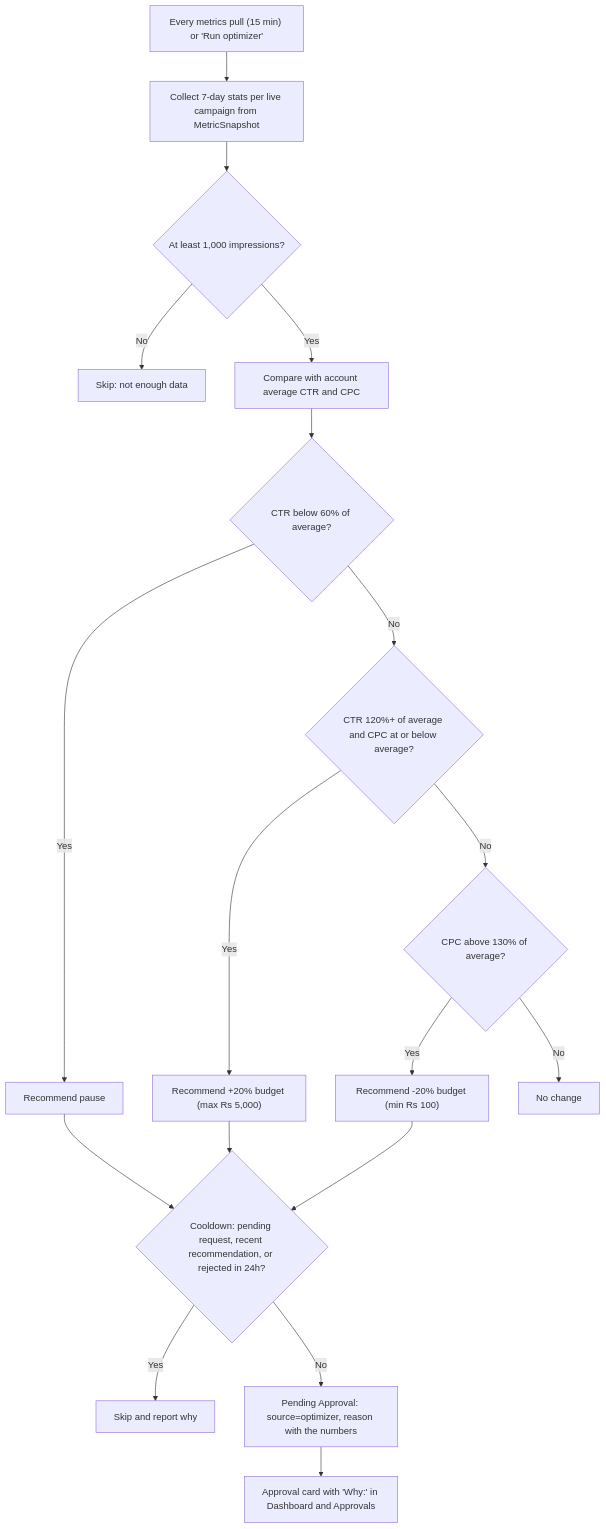
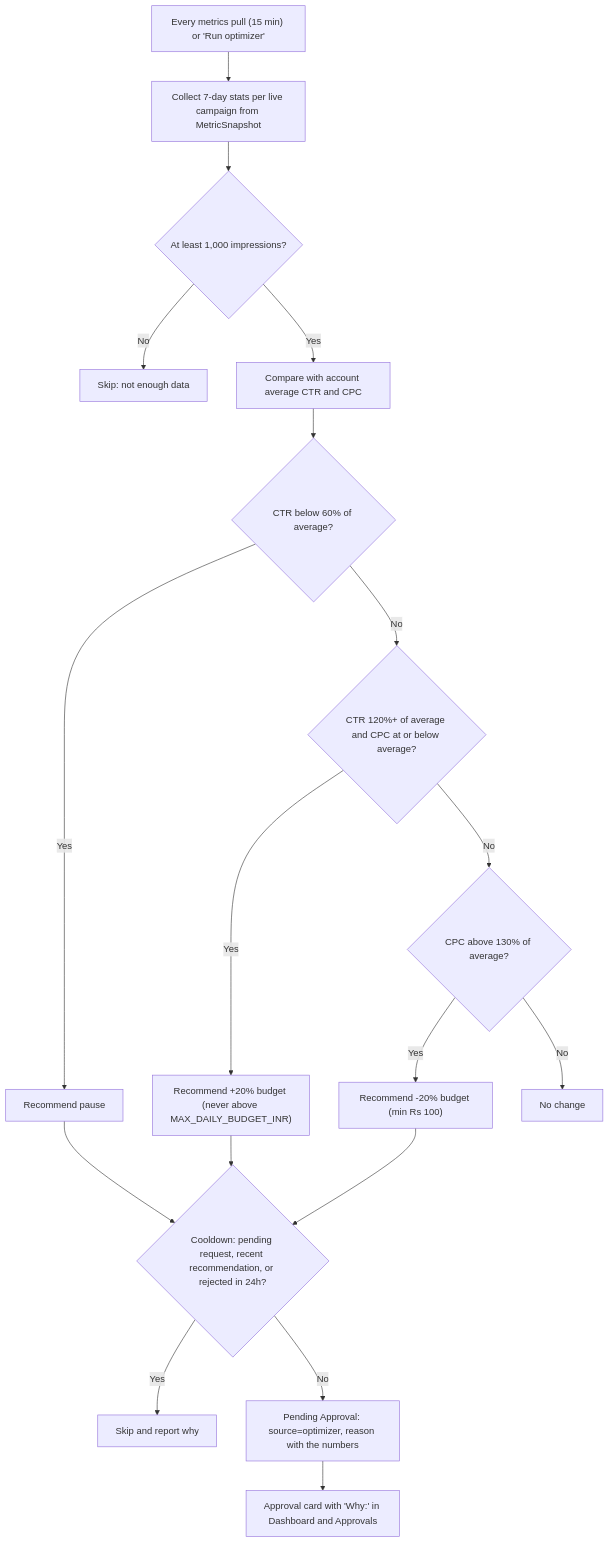
Before and after one commit to Deora88/milo-marketing-agent: the fifth of 9 diagrams in ARCHITECTURE.md, drawn with Mermaid. The commit also changed other lines of this file and 47 other files, not shown here.

````diff
--- a/ARCHITECTURE.md
+++ b/ARCHITECTURE.md
@@ -230,20 +250,20 @@
 ```mermaid
 flowchart TD
     T["Every metrics pull (15 min) or 'Run optimizer'"] --> S["Collect 7-day stats per live campaign from MetricSnapshot"]
     S --> E{"At least 1,000 impressions?"}
     E -- No --> X["Skip: not enough data"]
     E -- Yes --> A["Compare with account average CTR and CPC"]
     A --> R1{"CTR below 60% of average?"}
     R1 -- Yes --> P["Recommend pause"]
     R1 -- No --> R2{"CTR 120%+ of average and CPC at or below average?"}
-    R2 -- Yes --> U["Recommend +20% budget (max Rs 5,000)"]
+    R2 -- Yes --> U["Recommend +20% budget (never above MAX_DAILY_BUDGET_INR)"]
     R2 -- No --> R3{"CPC above 130% of average?"}
     R3 -- Yes --> D["Recommend -20% budget (min Rs 100)"]
     R3 -- No --> N["No change"]
     P --> C{"Cooldown: pending request, recent recommendation, or rejected in 24h?"}
     U --> C
     D --> C
     C -- Yes --> K["Skip and report why"]
     C -- No --> AP["Pending Approval: source=optimizer, reason with the numbers"]
     AP --> UI["Approval card with 'Why:' in Dashboard and Approvals"]
 ```
````
